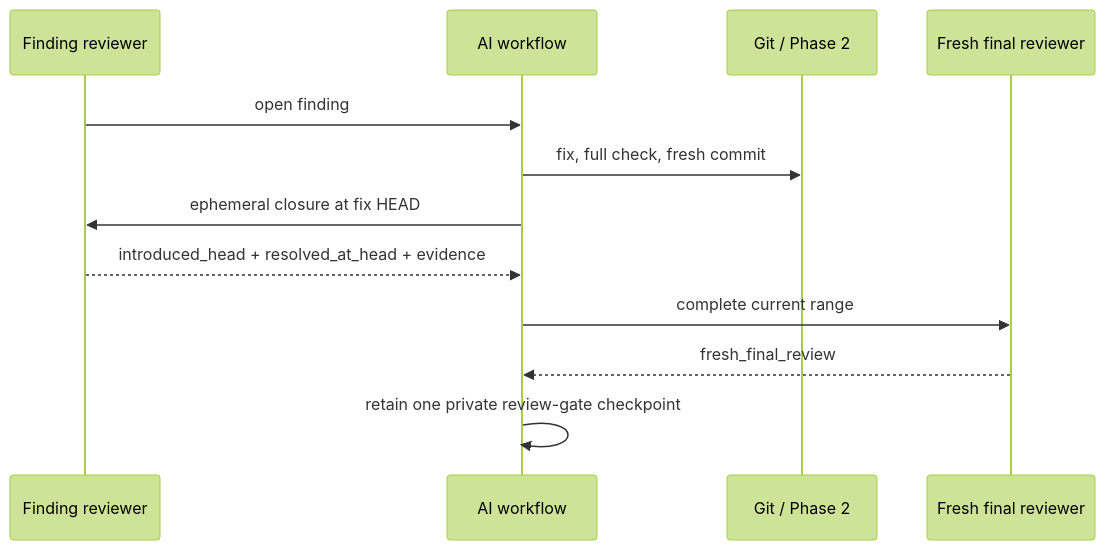
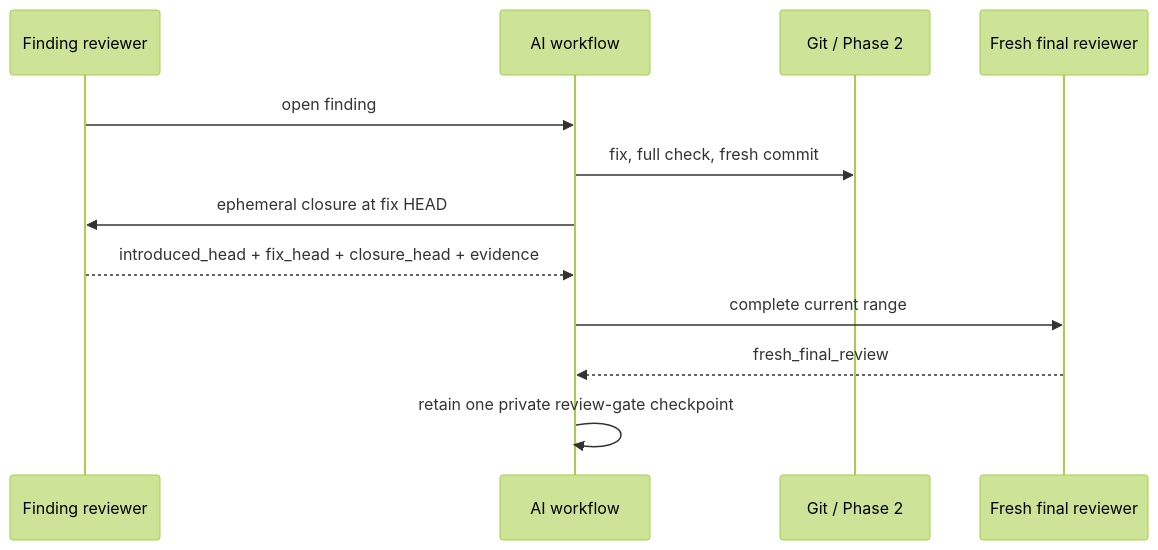
One commit to castbox/guru-trellis changed the second of 2 diagrams in docs/requirements/guru-team-trellis-flow.md. Above: the diagram before and after it, drawn with Mermaid (forest theme). The commit also changed other lines of this file and 971 other files, not shown here.

````diff
--- a/docs/requirements/guru-team-trellis-flow.md
+++ b/docs/requirements/guru-team-trellis-flow.md
@@ -36,14 +36,14 @@
 ```mermaid
 sequenceDiagram
   participant R1 as Finding reviewer
   participant AI as AI workflow
   participant Git as Git / Phase 2
   participant R2 as Fresh final reviewer
   R1->>AI: open finding
   AI->>Git: fix, full check, fresh commit
   AI->>R1: ephemeral closure at fix HEAD
-  R1-->>AI: introduced_head + resolved_at_head + evidence
+  R1-->>AI: introduced_head + fix_head + closure_head + evidence
   AI->>R2: complete current range
   R2-->>AI: fresh_final_review
   AI->>AI: retain one private review-gate checkpoint
 ```
````
